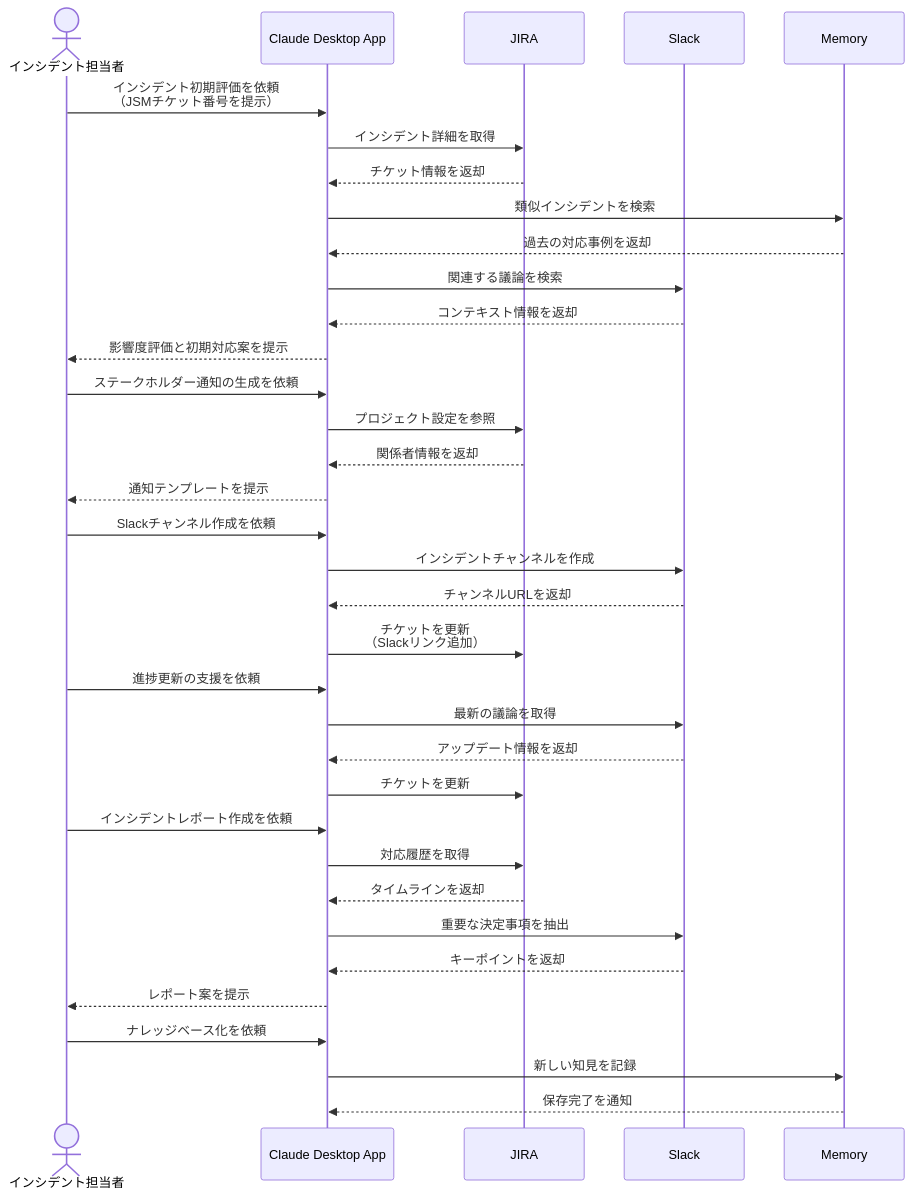
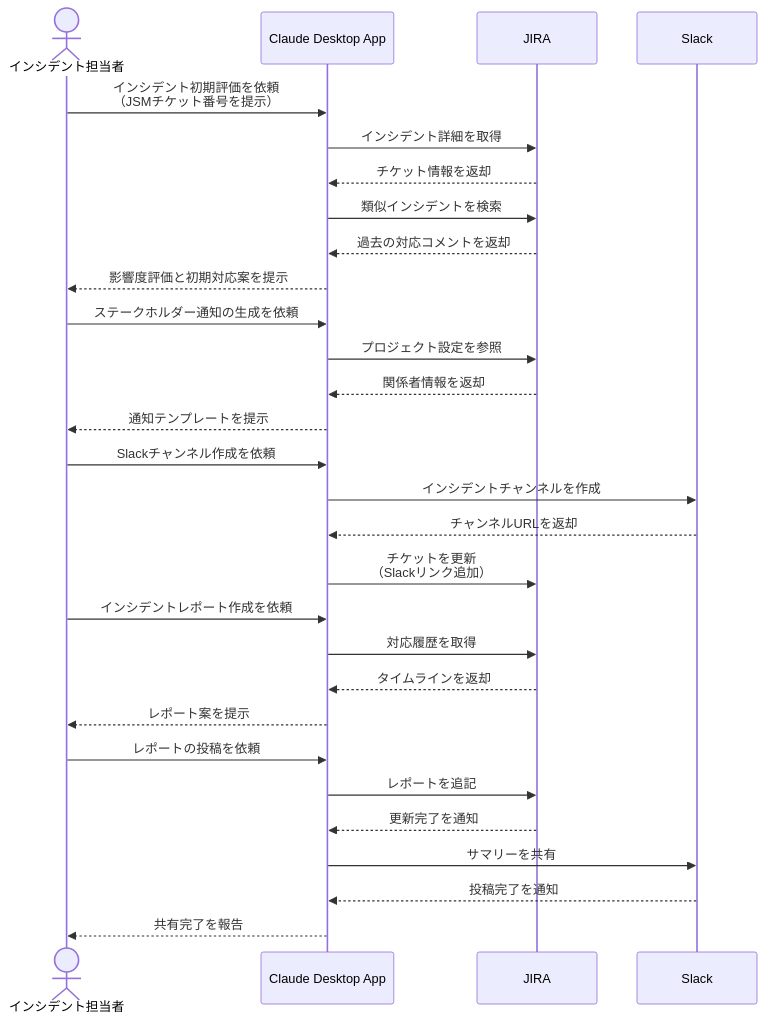
One commit to po-shu/mcp-100-ideas changed the diagram in docs/03_プロジェクト/インシデント対応の意思決定を支援する.md. Above: the diagram before and after it, drawn with Mermaid. The commit also changed other lines of this file and 5 other files, not shown here.

````diff
--- a/docs/03_プロジェクト/インシデント対応の意思決定を支援する.md
+++ b/docs/03_プロジェクト/インシデント対応の意思決定を支援する.md
@@ -17,38 +16,32 @@
 ```mermaid
 sequenceDiagram
     actor User as インシデント担当者
     participant CAP as Claude Desktop App
     participant JIRA as JIRA
     participant Slack as Slack
-    participant Memory as Memory
 
     User->>CAP: インシデント初期評価を依頼<br>（JSMチケット番号を提示）
     CAP->>JIRA: インシデント詳細を取得
     JIRA-->>CAP: チケット情報を返却
-    CAP->>Memory: 類似インシデントを検索
-    Memory-->>CAP: 過去の対応事例を返却
-    CAP->>Slack: 関連する議論を検索
-    Slack-->>CAP: コンテキスト情報を返却
+    CAP->>JIRA: 類似インシデントを検索
+    JIRA-->>CAP: 過去の対応コメントを返却
     CAP-->>User: 影響度評価と初期対応案を提示
     User->>CAP: ステークホルダー通知の生成を依頼
     CAP->>JIRA: プロジェクト設定を参照
     JIRA-->>CAP: 関係者情報を返却
     CAP-->>User: 通知テンプレートを提示
     User->>CAP: Slackチャンネル作成を依頼
     CAP->>Slack: インシデントチャンネルを作成
     Slack-->>CAP: チャンネルURLを返却
     CAP->>JIRA: チケットを更新<br>（Slackリンク追加）
-    User->>CAP: 進捗更新の支援を依頼
-    CAP->>Slack: 最新の議論を取得
-    Slack-->>CAP: アップデート情報を返却
-    CAP->>JIRA: チケットを更新
     User->>CAP: インシデントレポート作成を依頼
     CAP->>JIRA: 対応履歴を取得
     JIRA-->>CAP: タイムラインを返却
-    CAP->>Slack: 重要な決定事項を抽出
-    Slack-->>CAP: キーポイントを返却
     CAP-->>User: レポート案を提示
-    User->>CAP: ナレッジベース化を依頼
-    CAP->>Memory: 新しい知見を記録
-    Memory-->>CAP: 保存完了を通知
+    User->>CAP: レポートの投稿を依頼
+    CAP->>JIRA: レポートを追記
+    JIRA-->>CAP: 更新完了を通知
+    CAP->>Slack: サマリーを共有
+    Slack-->>CAP: 投稿完了を通知
+    CAP-->>User: 共有完了を報告
 ```
````
